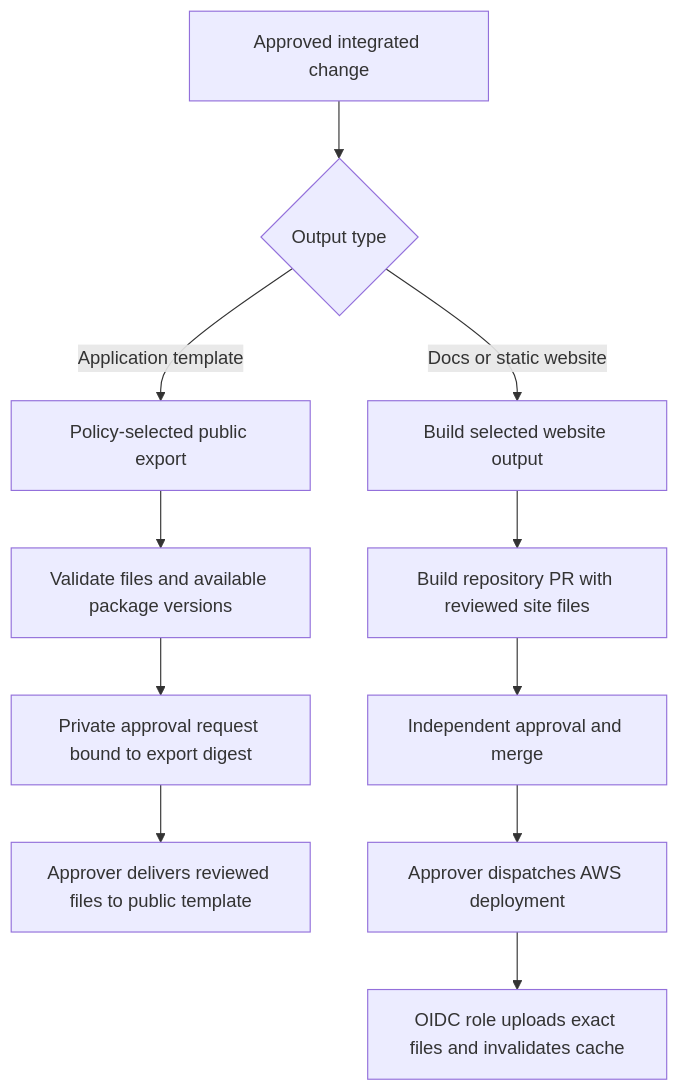
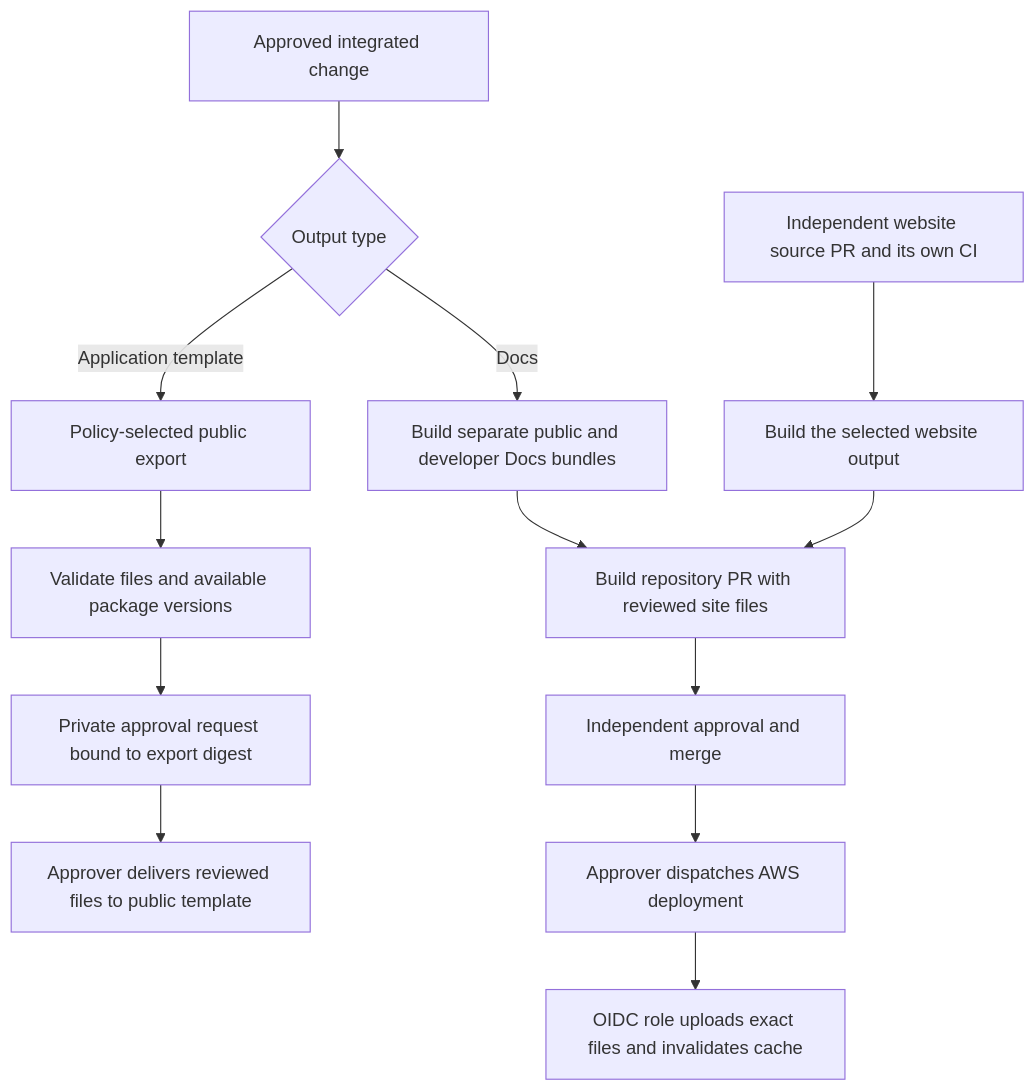
The second of 2 diagrams in docs/company-developers/publishing/strategy/release-and-delivery.mdx (Shadi-Ayoub/cloudigniter3-backup), drawn with Mermaid before and after one commit. The commit also changed other lines of this file and 60 other files, not shown here.

````diff
--- a/docs/company-developers/publishing/strategy/release-and-delivery.mdx
+++ b/docs/company-developers/publishing/strategy/release-and-delivery.mdx
@@ -74,13 +77,15 @@
 ```mermaid
 flowchart TD
   A[Approved integrated change] --> B{Output type}
   B -->|Application template| C[Policy-selected public export]
   C --> D[Validate files and available package versions]
   D --> E[Private approval request bound to export digest]
   E --> F[Approver delivers reviewed files to public template]
-  B -->|Docs or static website| G[Build selected website output]
+  B -->|Docs| G[Build separate public and developer Docs bundles]
+  W[Independent website source PR and its own CI] --> V[Build the selected website output]
+  V --> H
   G --> H[Build repository PR with reviewed site files]
   H --> I[Independent approval and merge]
   I --> J[Approver dispatches AWS deployment]
   J --> K[OIDC role uploads exact files and invalidates cache]
 ```
````
